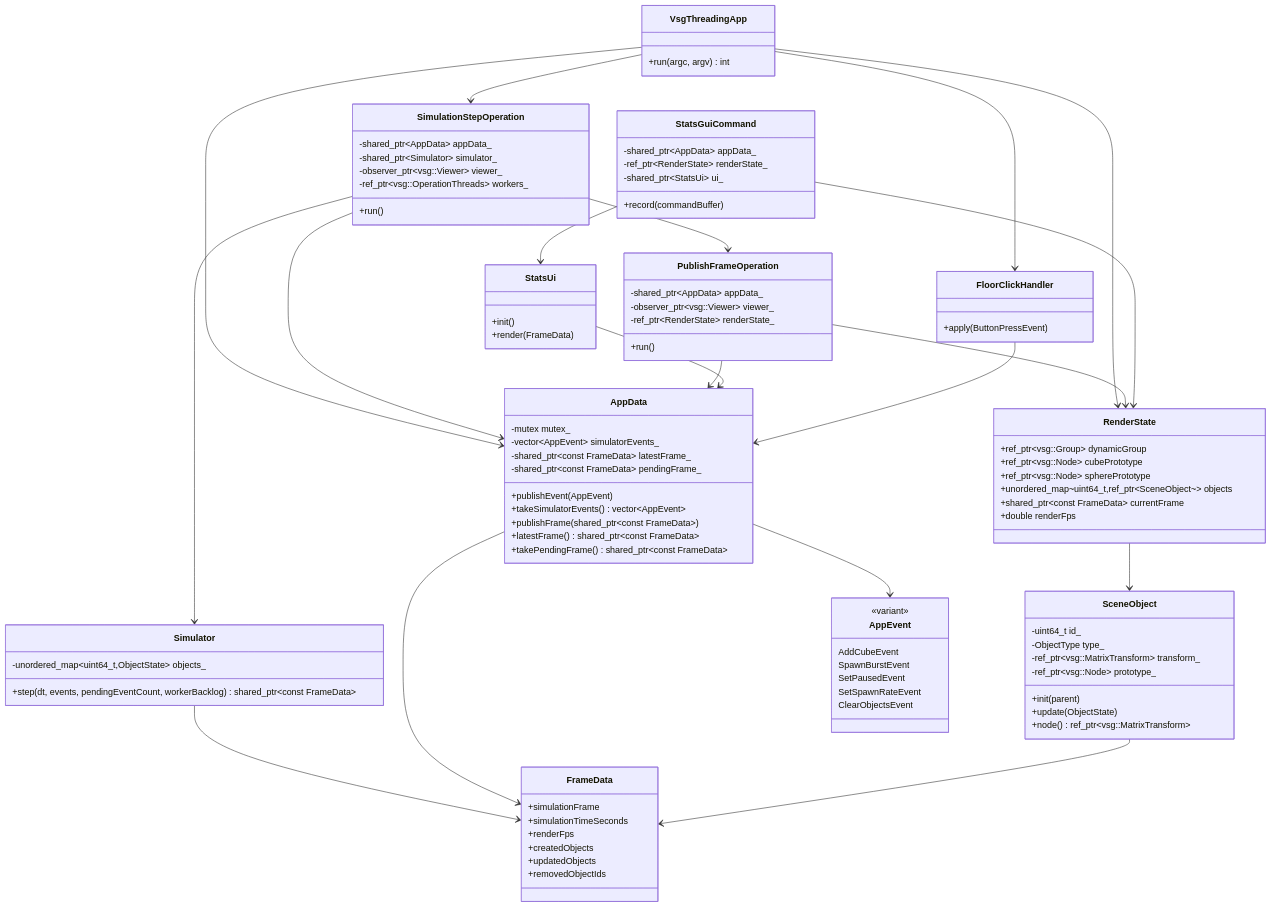
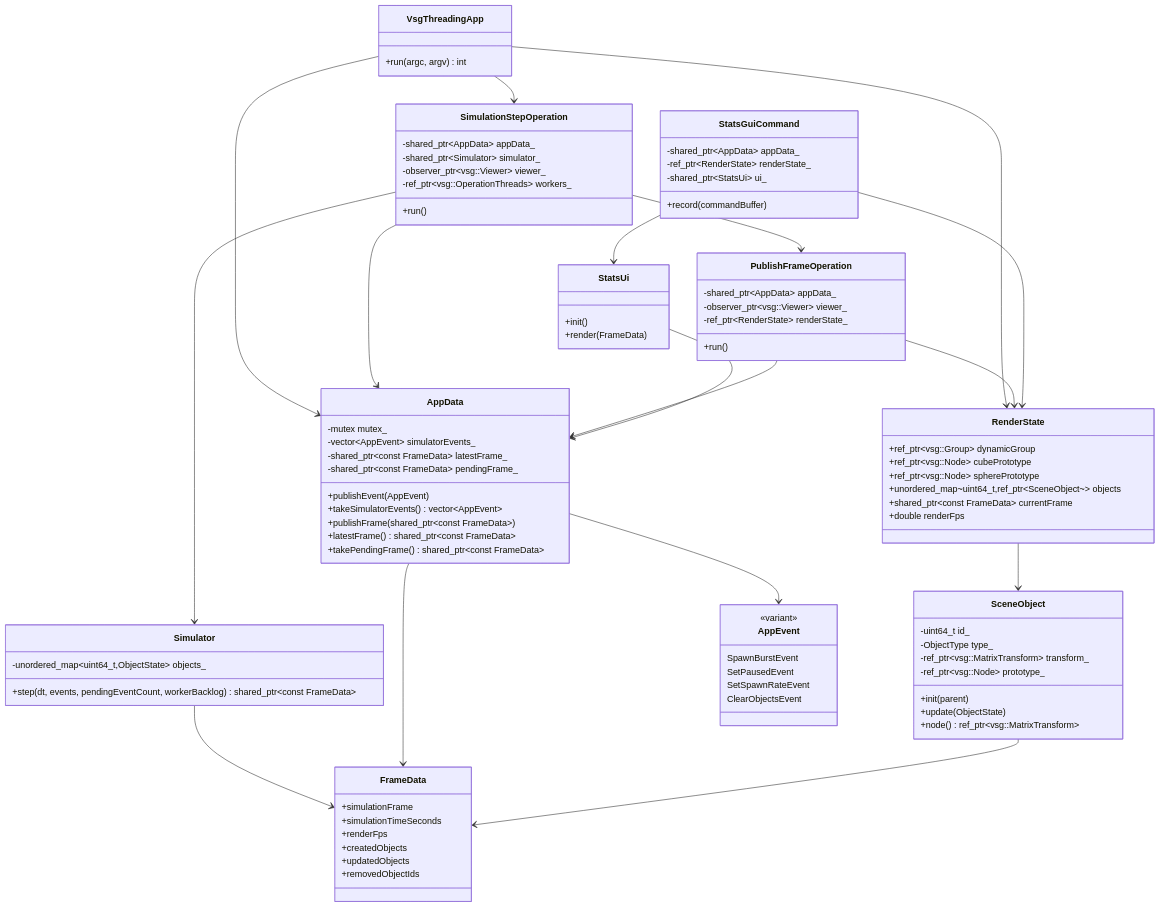
Before and after one commit to leegramling/vsgCef: the second of 2 diagrams in vsg-threading.md, drawn with Mermaid. The commit also changed other lines of this file and 17 other files, not shown here.

````diff
--- a/vsg-threading.md
+++ b/vsg-threading.md
@@ -124,10 +122,6 @@
         +render(FrameData)
     }
 
-    class FloorClickHandler {
-        +apply(ButtonPressEvent)
-    }
-
     class FrameData {
         +simulationFrame
         +simulationTimeSeconds
@@ -139,7 +133,6 @@
 
     class AppEvent {
         <<variant>>
-        AddCubeEvent
         SpawnBurstEvent
         SetPausedEvent
         SetSpawnRateEvent
@@ -149,7 +142,6 @@
     VsgThreadingApp --> AppData
     VsgThreadingApp --> RenderState
     VsgThreadingApp --> SimulationStepOperation
-    VsgThreadingApp --> FloorClickHandler
     SimulationStepOperation --> AppData
     SimulationStepOperation --> Simulator
     SimulationStepOperation --> PublishFrameOperation
@@ -163,5 +155,4 @@
     StatsGuiCommand --> StatsUi
     StatsGuiCommand --> RenderState
     StatsUi --> AppData
-    FloorClickHandler --> AppData
 ```
````
